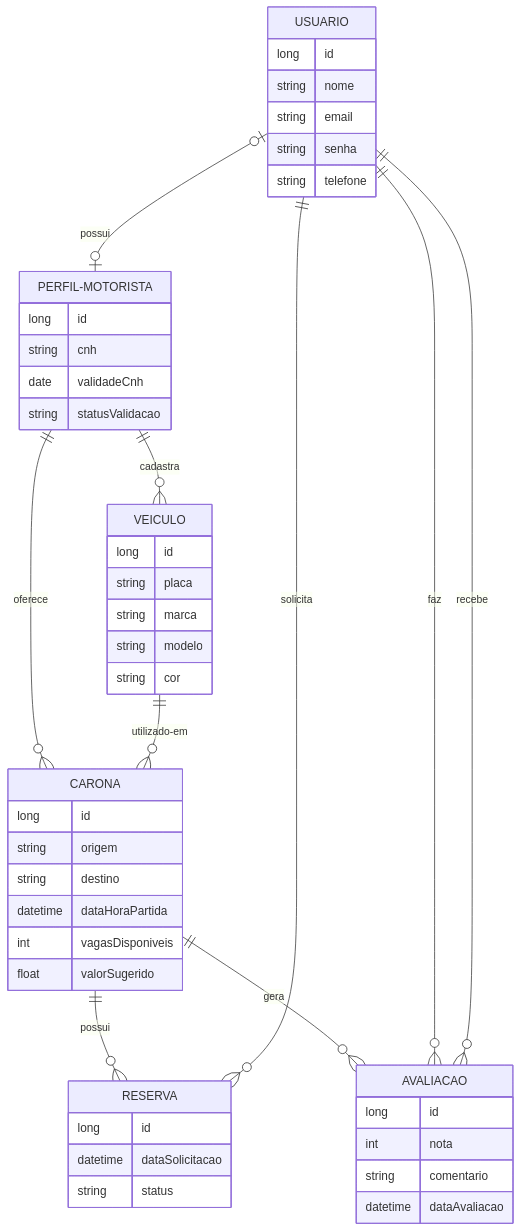
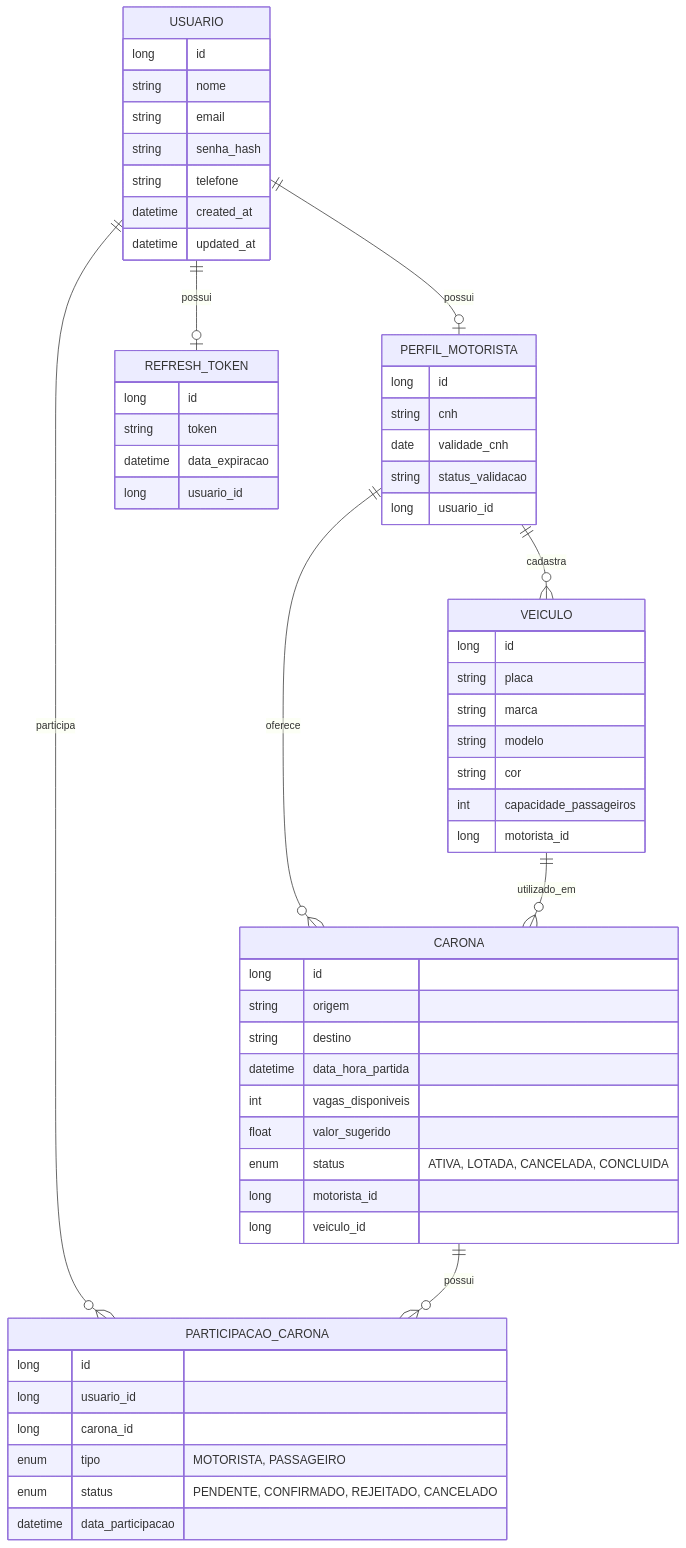
The diagram in ARCHITECTURE.md (Joao-gv/arreda_backend), drawn with Mermaid before and after one commit. The commit also changed 2 other files, not shown here.

Commit message:
merge com a main

````diff
--- a/ARCHITECTURE.md
+++ b/ARCHITECTURE.md
@@ -26,52 +26,67 @@
 ```mermaid
 erDiagram
     USUARIO {
         long id
         string nome
         string email
-        string senha
+        string senha_hash
         string telefone
+        datetime created_at
+        datetime updated_at
     }
-    PERFIL-MOTORISTA {
+
+    PERFIL_MOTORISTA {
         long id
         string cnh
-        date validadeCnh
-        string statusValidacao
+        date validade_cnh
+        string status_validacao
+        long usuario_id
     }
+
     VEICULO {
         long id
         string placa
         string marca
         string modelo
         string cor
+        int capacidade_passageiros
+        long motorista_id
     }
+
     CARONA {
         long id
         string origem
         string destino
-        datetime dataHoraPartida
-        int vagasDisponiveis
-        float valorSugerido
-    }
-    RESERVA {
-        long id
-        datetime dataSolicitacao
-        string status
-    }
-    AVALIACAO {
-        long id
-        int nota
-        string comentario
-        datetime dataAvaliacao
+        datetime data_hora_partida
+        int vagas_disponiveis
+        float valor_sugerido
+        enum status "ATIVA, LOTADA, CANCELADA, CONCLUIDA"
+        long motorista_id
+        long veiculo_id
     }
 
-    USUARIO |o--o| PERFIL-MOTORISTA : possui
-    PERFIL-MOTORISTA ||--o{ VEICULO : cadastra
-    PERFIL-MOTORISTA ||--o{ CARONA : oferece
-    VEICULO ||--o{ CARONA : utilizado-em
-    CARONA ||--o{ RESERVA : possui
-    USUARIO ||--o{ RESERVA : solicita
-    CARONA ||--o{ AVALIACAO : gera
-    USUARIO ||--o{ AVALIACAO : faz
-    USUARIO ||--o{ AVALIACAO : recebe
+    PARTICIPACAO_CARONA {
+        long id
+        long usuario_id
+        long carona_id
+        enum tipo "MOTORISTA, PASSAGEIRO"
+        enum status "PENDENTE, CONFIRMADO, REJEITADO, CANCELADO"
+        datetime data_participacao
+    }
+
+    REFRESH_TOKEN {
+        long id
+        string token
+        datetime data_expiracao
+        long usuario_id
+    }
+
+    USUARIO ||--o| PERFIL_MOTORISTA : possui
+    USUARIO ||--o| REFRESH_TOKEN : possui
+    PERFIL_MOTORISTA ||--o{ VEICULO : cadastra
+    PERFIL_MOTORISTA ||--o{ CARONA : oferece
+    VEICULO ||--o{ CARONA : utilizado_em
+
+    USUARIO ||--o{ PARTICIPACAO_CARONA : participa
+    CARONA ||--o{ PARTICIPACAO_CARONA : possui
 ```
````
